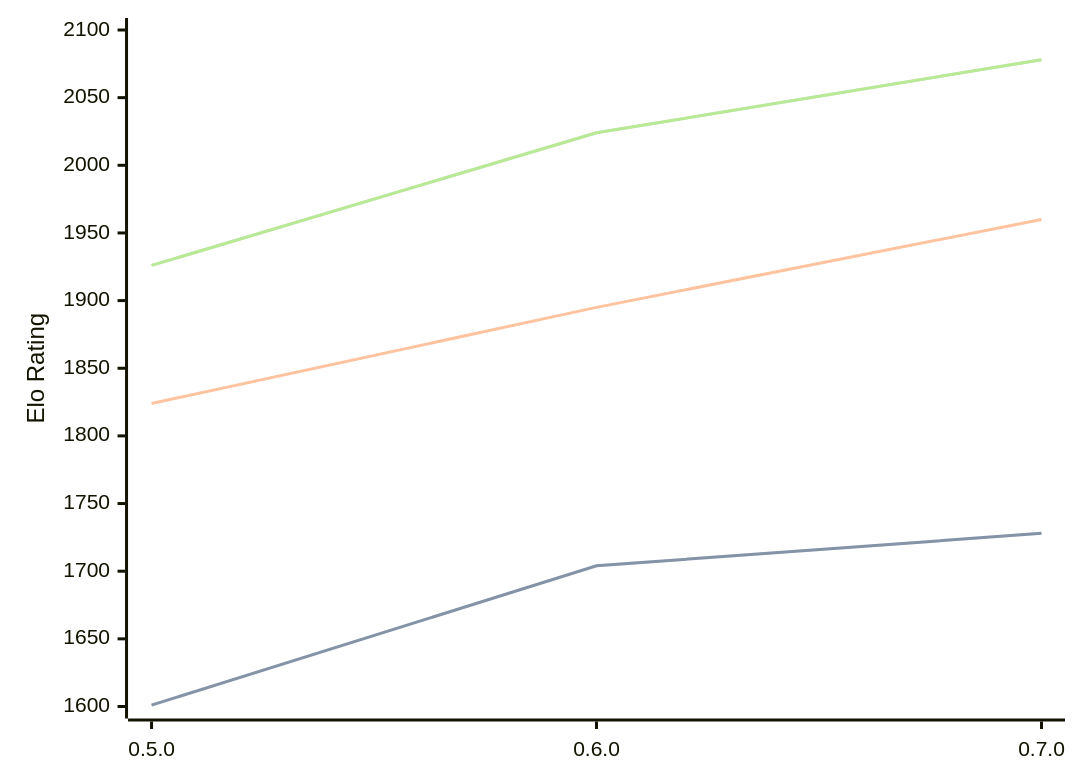
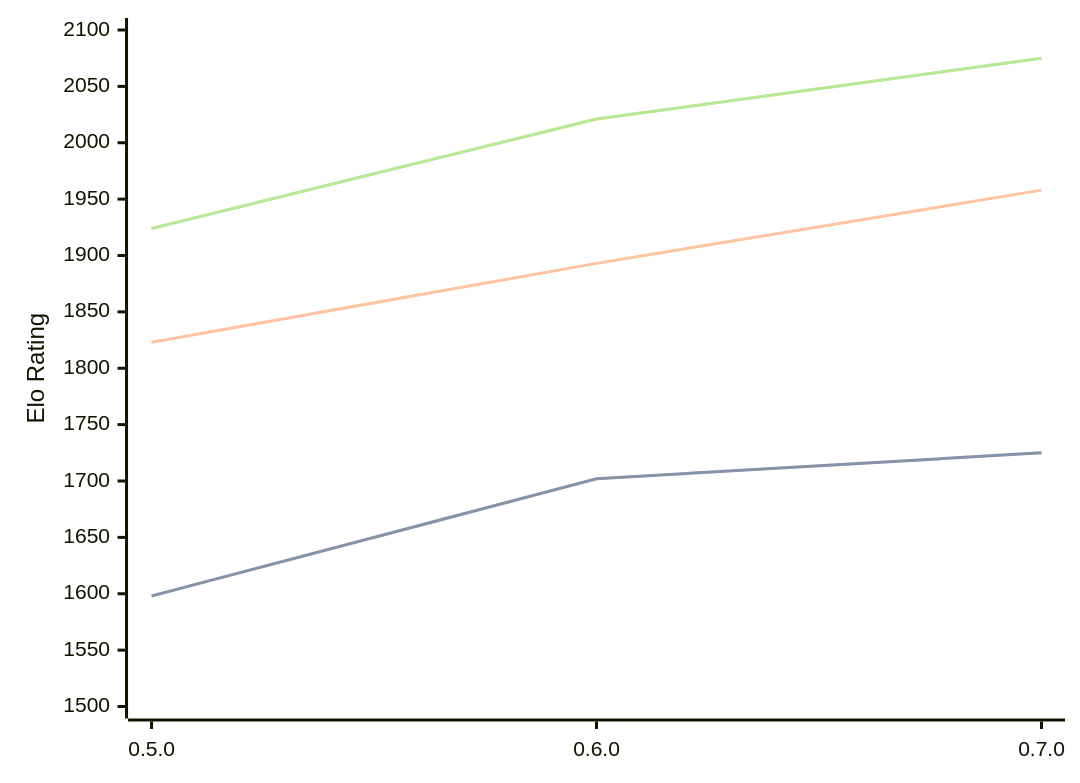
Before and after one commit to computer-chess-index/cci: the diagram in engines/Chess-rs.md, drawn with Mermaid. The commit also changed other lines of this file, not shown here.

Commit message:
Update CCI Ratings (ELO VLTC) - 2026-05-18

````diff
--- a/engines/Chess-rs.md
+++ b/engines/Chess-rs.md
@@ -41,11 +41,11 @@
 ```mermaid
 %%{init: {"theme":"base","themeVariables":{"seriesColors:['#a3a3a3','#222221','#faa371']}}}%%
 xychart-beta
   x-axis ["0.5.0", "0.6.0", "0.7.0"]
-  y-axis "Elo Rating" 1600 --> 2100
-  line "STC (8.0+0.08s)" [1601, 1704, 1728]
-  line "STC (8.0+0.08s)" [1601, 1704, 1728]
-  line "LTC (60.0+0.60s)" [1824, 1895, 1960]
-  line "VLTC (2m24s+1.12s)" [1926, 2024, 2078]
-  line "VLTC (2m24s+1.12s)" [1926, 2024, 2078]
+  y-axis "Elo Rating" 1500 --> 2100
+  line "STC (8.0+0.08s)" [1598, 1702, 1725]
+  line "STC (8.0+0.08s)" [1598, 1702, 1725]
+  line "LTC (60.0+0.60s)" [1823, 1893, 1958]
+  line "VLTC (2m24s+1.12s)" [1924, 2021, 2075]
+  line "VLTC (2m24s+1.12s)" [1924, 2021, 2075]
 ```
````
